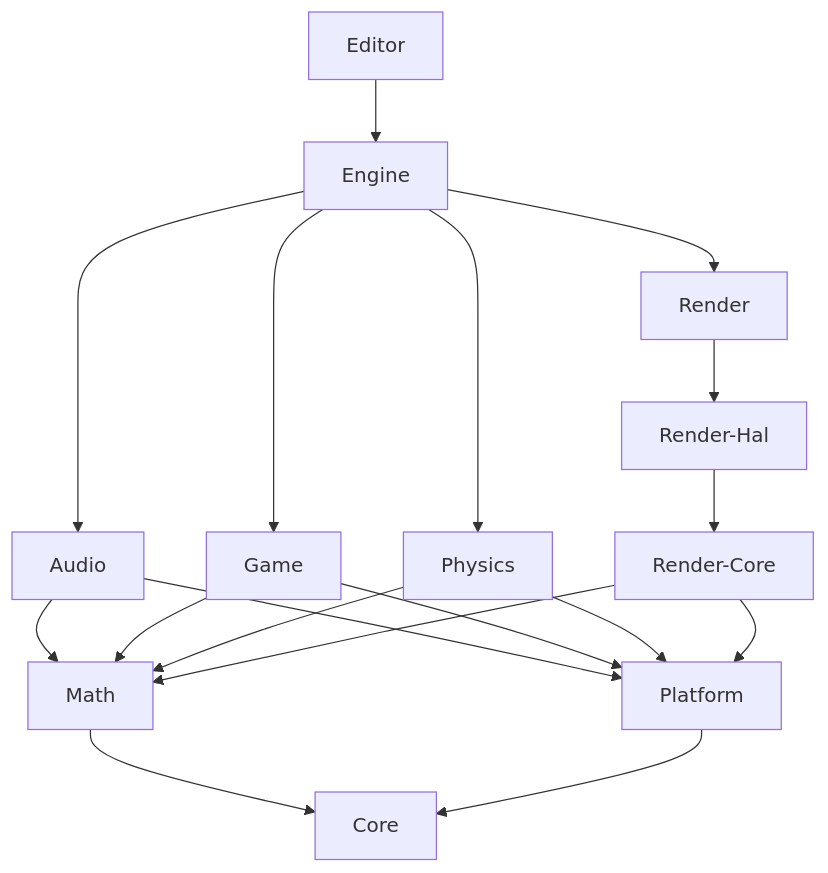
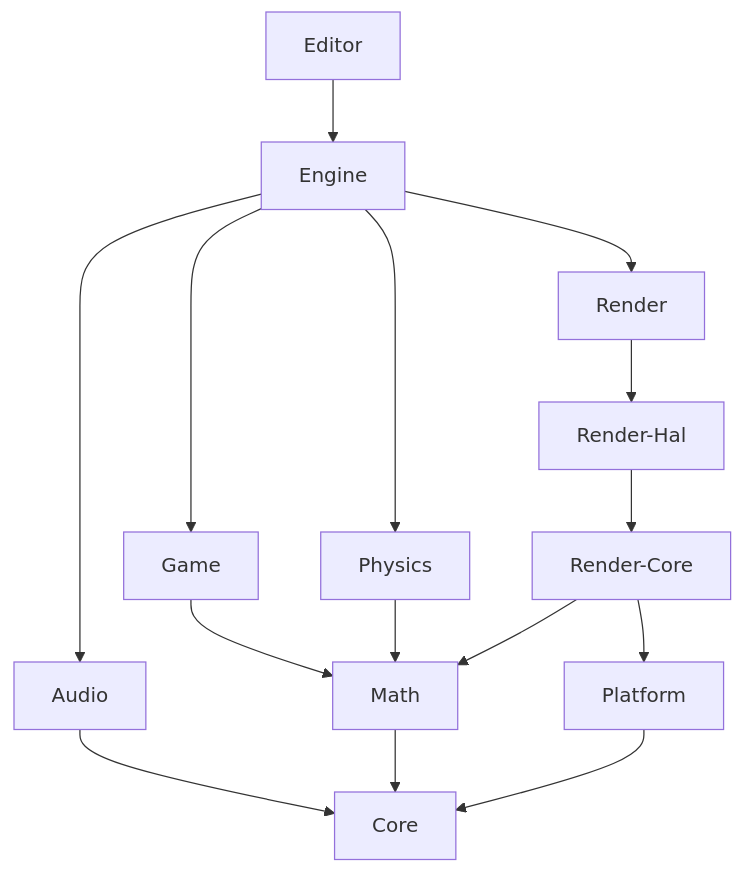
Before and after one commit to SkillerRaptor/hyper_engine: the diagram in docs/architecture.md, drawn with Mermaid.

Commit message:
Docs: Update architecture

````diff
--- a/docs/architecture.md
+++ b/docs/architecture.md
@@ -9,24 +9,21 @@
 ```mermaid
 graph TD;
     Editor-->Engine;
     Engine-->Audio;
     Engine-->Game;
     Engine-->Physics;
     Engine-->Render;
 
     Render-->Render-Hal;
     Render-Hal-->Render-Core;
 
-    Audio-->Math;
     Game-->Math;
     Physics-->Math;
     Render-Core-->Math;
 
-    Audio-->Platform;
-    Game-->Platform;
-    Physics-->Platform;
     Render-Core-->Platform;
 
+    Audio-->Core;
     Math-->Core;
     Platform-->Core;
 ```
````
